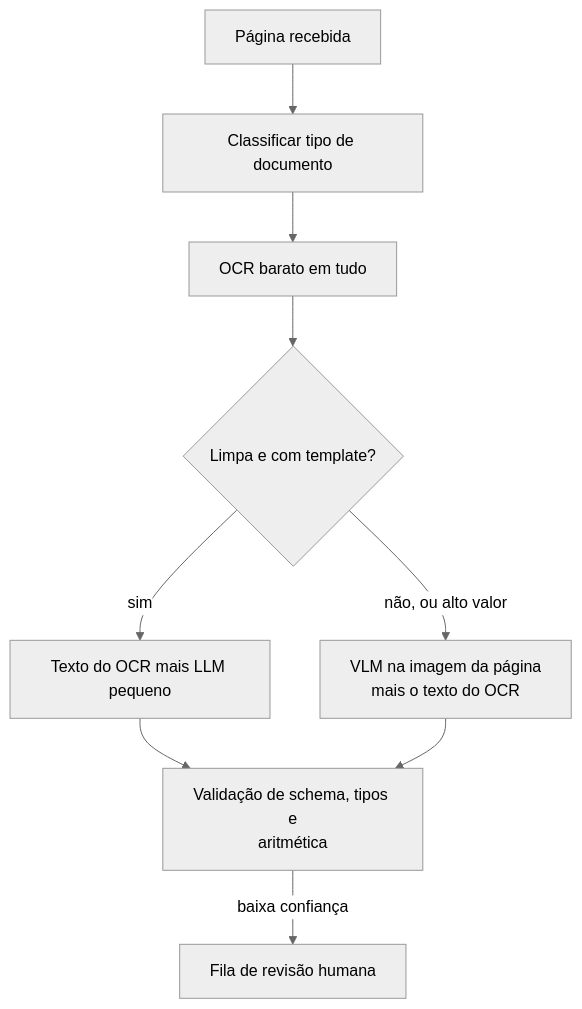
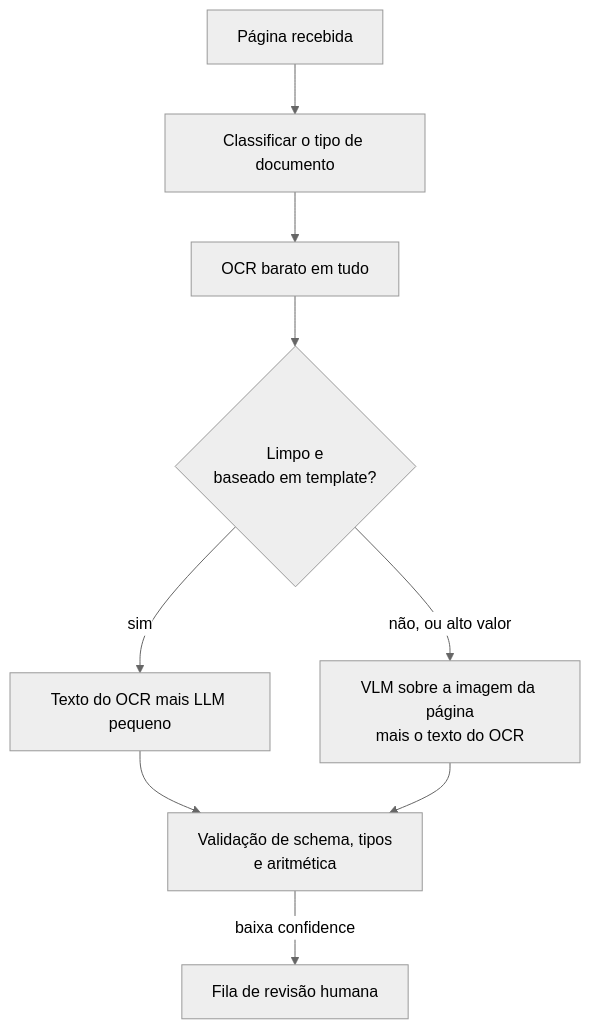
One commit to andrevberaldo/AI-Engineer-Interview-Questions changed the sixth of 21 diagrams in 10-multimodal/questions.pt-BR.md. Above: the diagram before and after it, drawn with Mermaid (neutral theme). The commit also changed other lines of this file and 1 other file, not shown here.

````diff
--- a/10-multimodal/questions.pt-BR.md
+++ b/10-multimodal/questions.pt-BR.md
@@ -266,11 +266,11 @@
 ```mermaid
 flowchart TD
-    A["Página recebida"] --> B["Classificar tipo de documento"]
+    A["Página recebida"] --> B["Classificar o tipo de documento"]
     B --> C["OCR barato em tudo"]
-    C --> D{"Limpa e com template?"}
+    C --> D{"Limpo e<br/>baseado em template?"}
     D -->|"sim"| E["Texto do OCR mais LLM pequeno"]
-    D -->|"não, ou alto valor"| F["VLM na imagem da página<br/>mais o texto do OCR"]
-    E --> G["Validação de schema, tipos e<br/>aritmética"]
+    D -->|"não, ou alto valor"| F["VLM sobre a imagem da página<br/>mais o texto do OCR"]
+    E --> G["Validação de schema, tipos<br/>e aritmética"]
     F --> G
-    G -->|"baixa confiança"| H["Fila de revisão humana"]
+    G -->|"baixa confidence"| H["Fila de revisão humana"]
 ```
````
